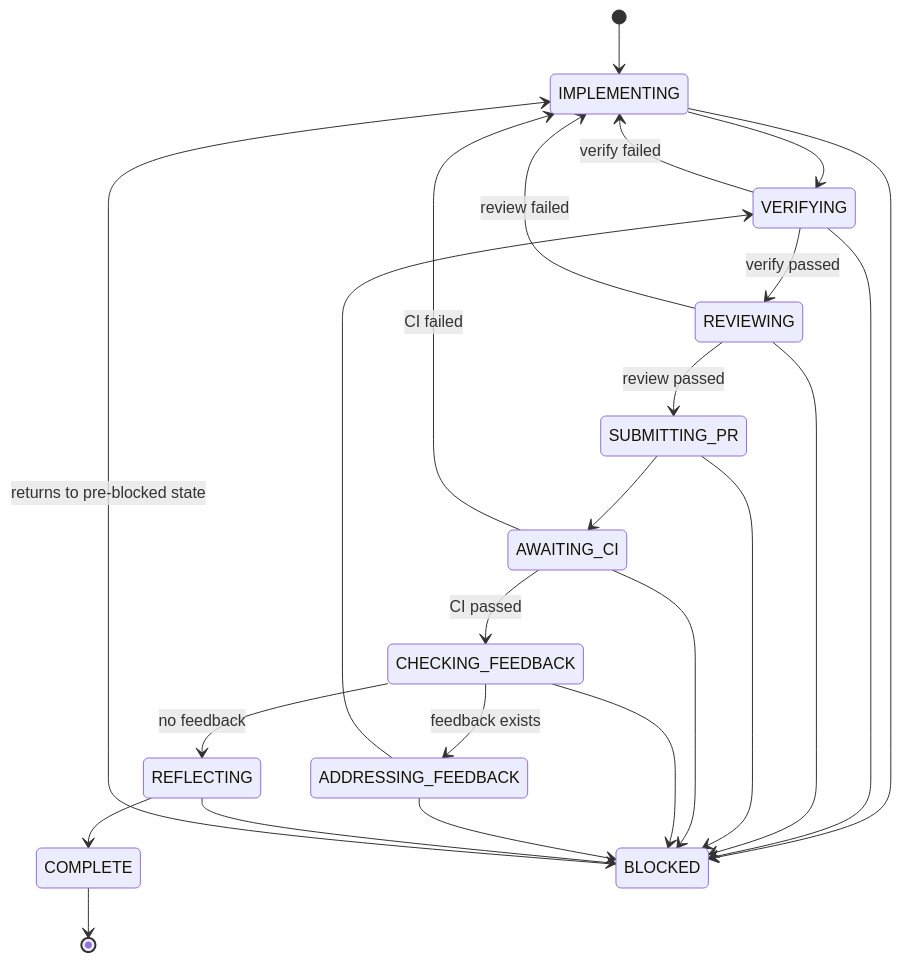
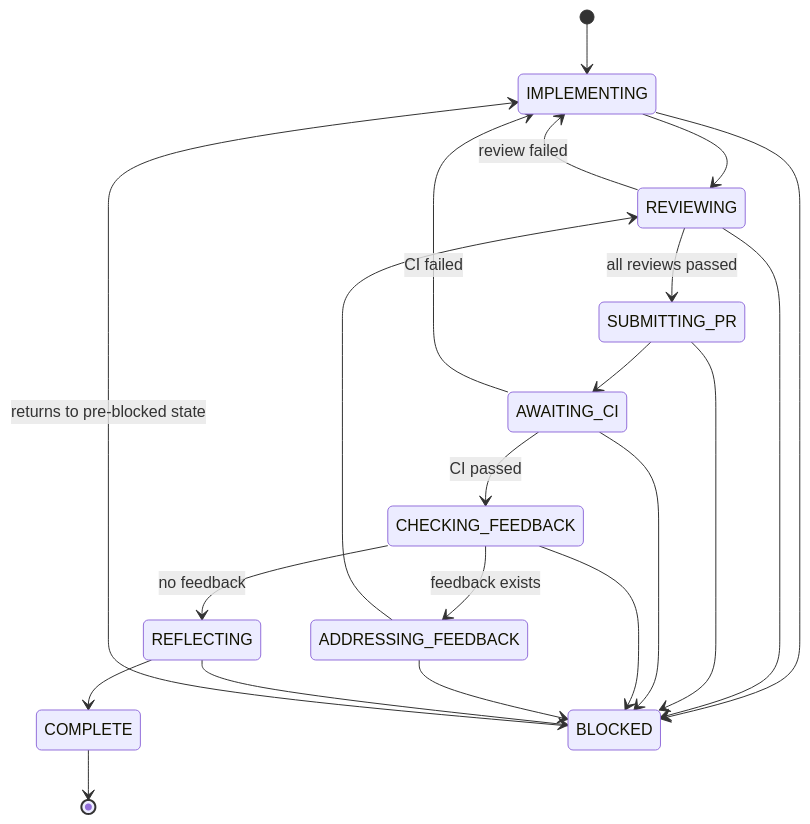
Before and after one commit to NTCoding/living-architecture: the diagram in tools/dev-workflow-v2/README.md, drawn with Mermaid. The commit also changed 41 other files, not shown here.

````diff
--- a/tools/dev-workflow-v2/README.md
+++ b/tools/dev-workflow-v2/README.md
@@ -17,27 +17,24 @@
 ```mermaid
 stateDiagram-v2
     [*] --> IMPLEMENTING
-    IMPLEMENTING --> VERIFYING
-    VERIFYING --> REVIEWING : verify passed
-    VERIFYING --> IMPLEMENTING : verify failed
-    REVIEWING --> SUBMITTING_PR : review passed
+    IMPLEMENTING --> REVIEWING
+    REVIEWING --> SUBMITTING_PR : all reviews passed
     REVIEWING --> IMPLEMENTING : review failed
     SUBMITTING_PR --> AWAITING_CI
     AWAITING_CI --> CHECKING_FEEDBACK : CI passed
     AWAITING_CI --> IMPLEMENTING : CI failed
     CHECKING_FEEDBACK --> REFLECTING : no feedback
     CHECKING_FEEDBACK --> ADDRESSING_FEEDBACK : feedback exists
-    ADDRESSING_FEEDBACK --> VERIFYING
+    ADDRESSING_FEEDBACK --> REVIEWING
     REFLECTING --> COMPLETE
     COMPLETE --> [*]
 
     IMPLEMENTING --> BLOCKED
-    VERIFYING --> BLOCKED
     REVIEWING --> BLOCKED
     SUBMITTING_PR --> BLOCKED
     AWAITING_CI --> BLOCKED
     CHECKING_FEEDBACK --> BLOCKED
     ADDRESSING_FEEDBACK --> BLOCKED
     REFLECTING --> BLOCKED
     BLOCKED --> IMPLEMENTING : returns to pre-blocked state
 ```
````
